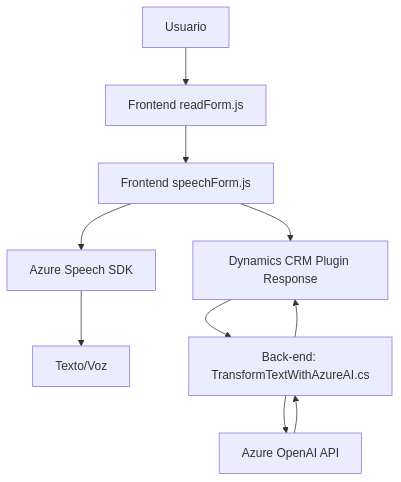
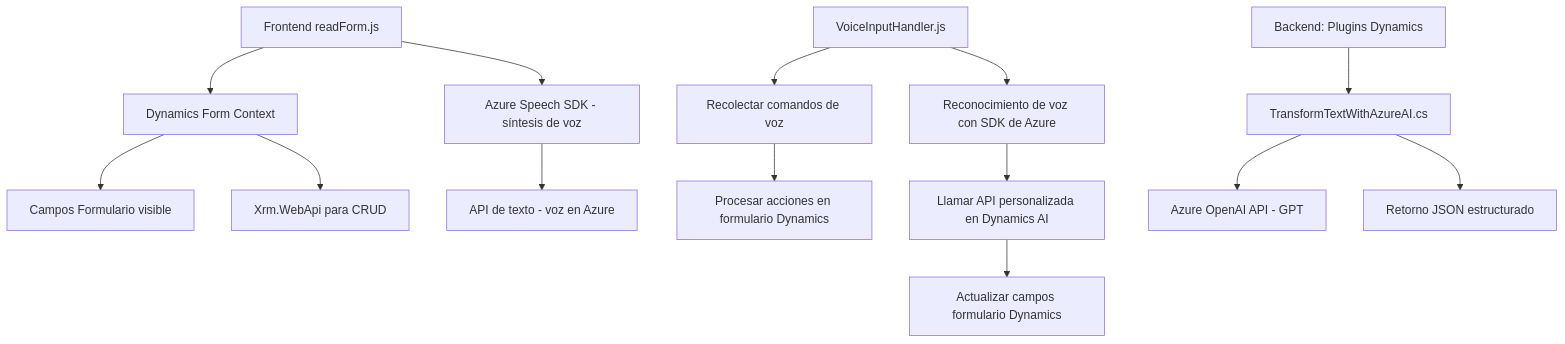
One commit to blopezdm/NETCORE_BILBAO2025 changed the diagram in README.md. Above: the diagram before and after it, drawn with Mermaid. The commit also changed other lines of this file, not shown here.

Commit message:
Actualizar análisis global de la solución con IA

````diff
--- a/README.md
+++ b/README.md
@@ -44,12 +45,19 @@
 ```mermaid
 graph TD
-    A[Usuario] --> B["Frontend readForm.js"]
-    B --> C["Frontend speechForm.js"]
-    C --> D["Azure Speech SDK"]
-    D --> E["Texto/Voz"]
-    C --> F["Dynamics CRM WebAPI"]
-    F --> G["Back-end: TransformTextWithAzureAI.cs"]
-    G --> H["Azure OpenAI API"]
-    H --> G
-    G --> F["Dynamics CRM Plugin Response"]
+    A["Frontend readForm.js"] --> B["Azure Speech SDK - síntesis de voz"]
+    A --> C["Dynamics Form Context"]
+    C --> D["Campos Formulario visible"]
+    C --> E["Xrm.WebApi para CRUD"]
+    B --> F["API de texto - voz en Azure"]
+
+    G["VoiceInputHandler.js"] --> H["Recolectar comandos de voz"]
+    G --> I["Reconocimiento de voz con SDK de Azure"]
+    H --> J["Procesar acciones en formulario Dynamics"]
+    I --> K["Llamar API personalizada en Dynamics AI"]
+
+    K --> L["Actualizar campos formulario Dynamics"]
+
+    M["Backend: Plugins Dynamics"] --> N["TransformTextWithAzureAI.cs"]
+    N --> O["Azure OpenAI API - GPT"]
+    N --> P["Retorno JSON estructurado"]
 ```
````
